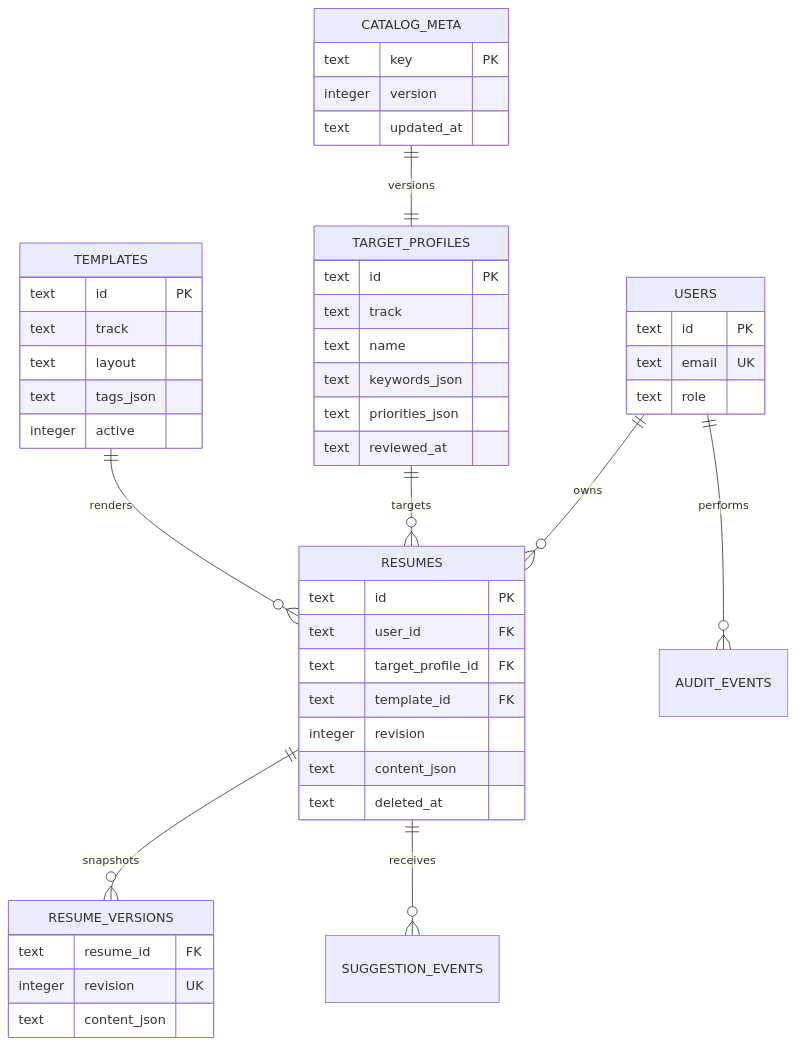
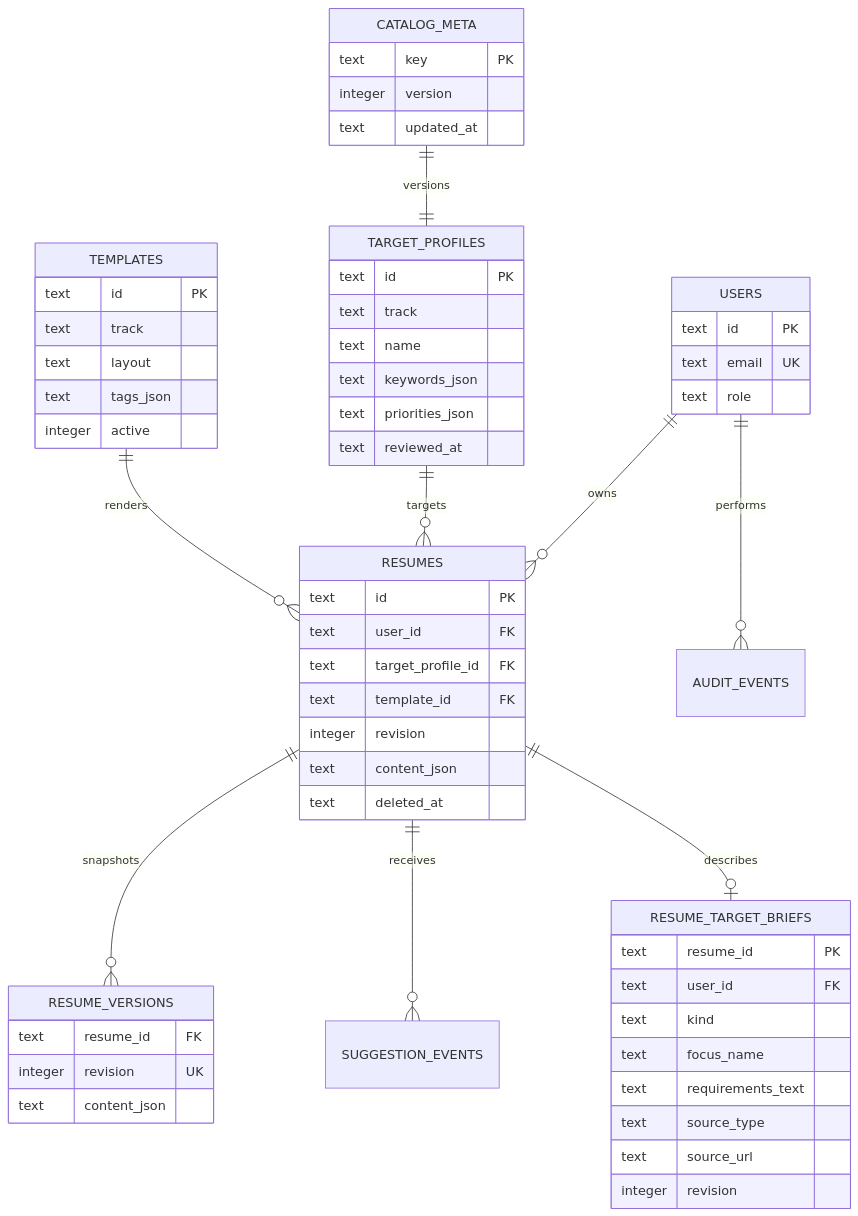
One commit to xhongduo-tech/easycv changed the second of 2 diagrams in docs/architecture.md. Above: the diagram before and after it, drawn with Mermaid. The commit also changed other lines of this file and 32 other files, not shown here.

````diff
--- a/docs/architecture.md
+++ b/docs/architecture.md
@@ -35,50 +38,61 @@
 ```mermaid
 erDiagram
   USERS ||--o{ RESUMES : owns
   TARGET_PROFILES ||--o{ RESUMES : targets
   TEMPLATES ||--o{ RESUMES : renders
   RESUMES ||--o{ RESUME_VERSIONS : snapshots
   RESUMES ||--o{ SUGGESTION_EVENTS : receives
+  RESUMES ||--o| RESUME_TARGET_BRIEFS : describes
   USERS ||--o{ AUDIT_EVENTS : performs
   CATALOG_META ||--|| TARGET_PROFILES : versions
 
   USERS {
     text id PK
     text email UK
     text role
   }
   TARGET_PROFILES {
     text id PK
     text track
     text name
     text keywords_json
     text priorities_json
     text reviewed_at
   }
   TEMPLATES {
     text id PK
     text track
     text layout
     text tags_json
     integer active
   }
   RESUMES {
     text id PK
     text user_id FK
     text target_profile_id FK
     text template_id FK
     integer revision
     text content_json
     text deleted_at
   }
   RESUME_VERSIONS {
     text resume_id FK
     integer revision UK
     text content_json
   }
+  RESUME_TARGET_BRIEFS {
+    text resume_id PK
+    text user_id FK
+    text kind
+    text focus_name
+    text requirements_text
+    text source_type
+    text source_url
+    integer revision
+  }
   CATALOG_META {
     text key PK
     integer version
     text updated_at
   }
 ```
````
